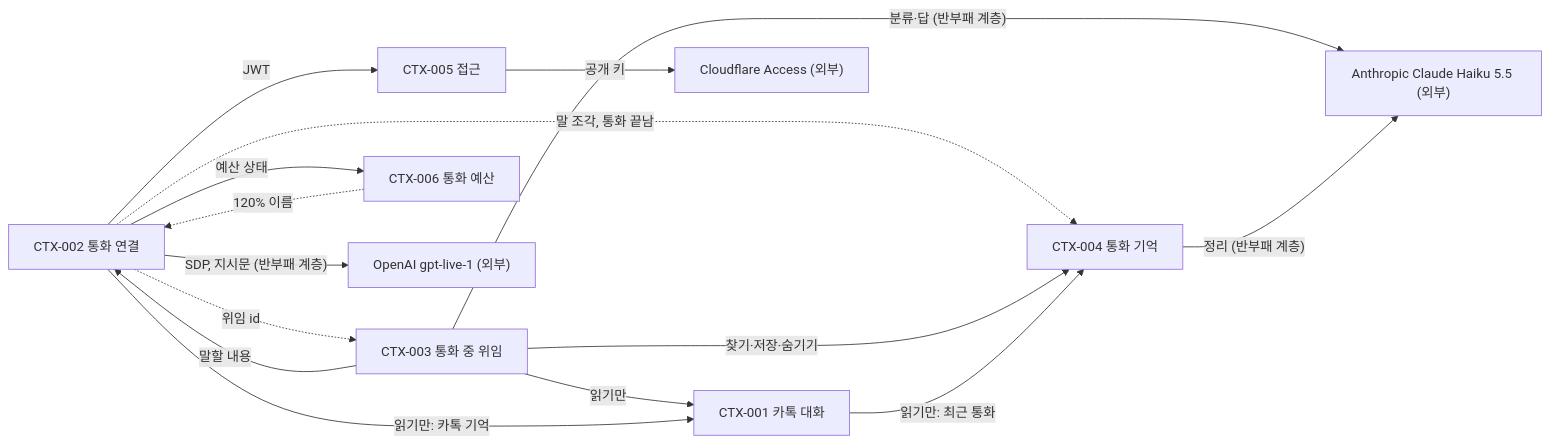
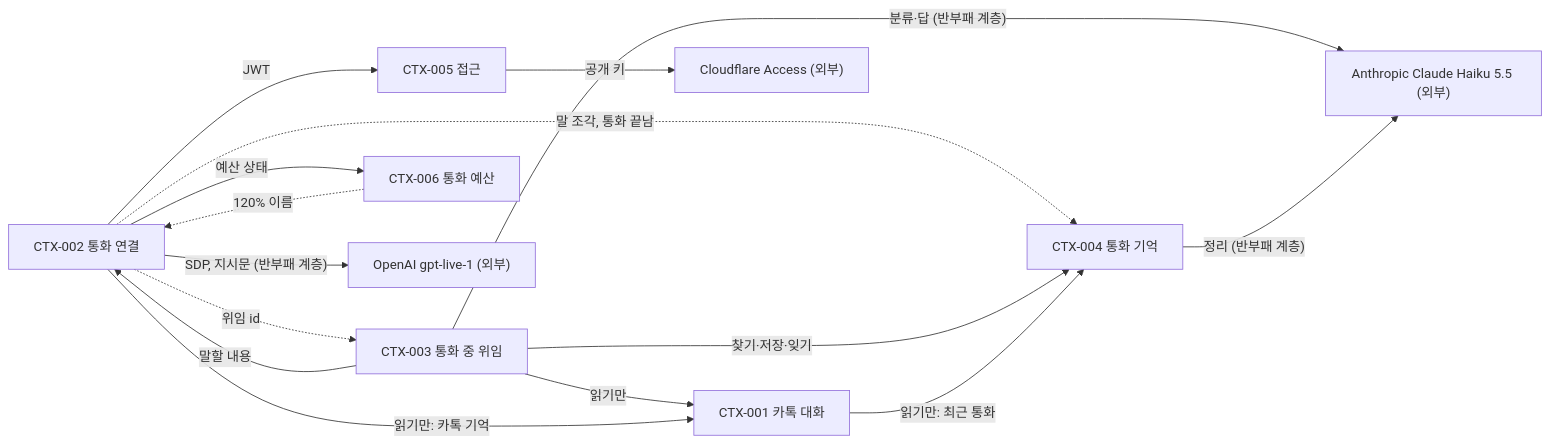
One commit to kodonghui/marong2 changed the diagram in docs/01-domain/domain.md. Above: the diagram before and after it, drawn with Mermaid. The commit also changed other lines of this file and 22 other files, not shown here.

````diff
--- a/docs/01-domain/domain.md
+++ b/docs/01-domain/domain.md
@@ -145,26 +149,26 @@
 ```mermaid
 flowchart LR
   kakao["CTX-001 카톡 대화"]
   conn["CTX-002 통화 연결"]
   dele["CTX-003 통화 중 위임"]
   mem["CTX-004 통화 기억"]
   acc["CTX-005 접근"]
   bud["CTX-006 통화 예산"]
   oa["OpenAI gpt-live-1 (외부)"]
   an["Anthropic Claude Haiku 5.5 (외부)"]
   cf["Cloudflare Access (외부)"]
   conn -->|"JWT"| acc
   acc -->|"공개 키"| cf
   conn -->|"예산 상태"| bud
   conn -.->|"말 조각, 통화 끝남"| mem
   conn -.->|"위임 id"| dele
   dele -->|"말할 내용"| conn
-  dele -->|"찾기·저장·숨기기"| mem
+  dele -->|"찾기·저장·잊기"| mem
   dele -->|"읽기만"| kakao
   conn -->|"읽기만: 카톡 기억"| kakao
   kakao -->|"읽기만: 최근 통화"| mem
   bud -.->|"120% 이름"| conn
   conn -->|"SDP, 지시문 (반부패 계층)"| oa
   dele -->|"분류·답 (반부패 계층)"| an
   mem -->|"정리 (반부패 계층)"| an
 ```
````
